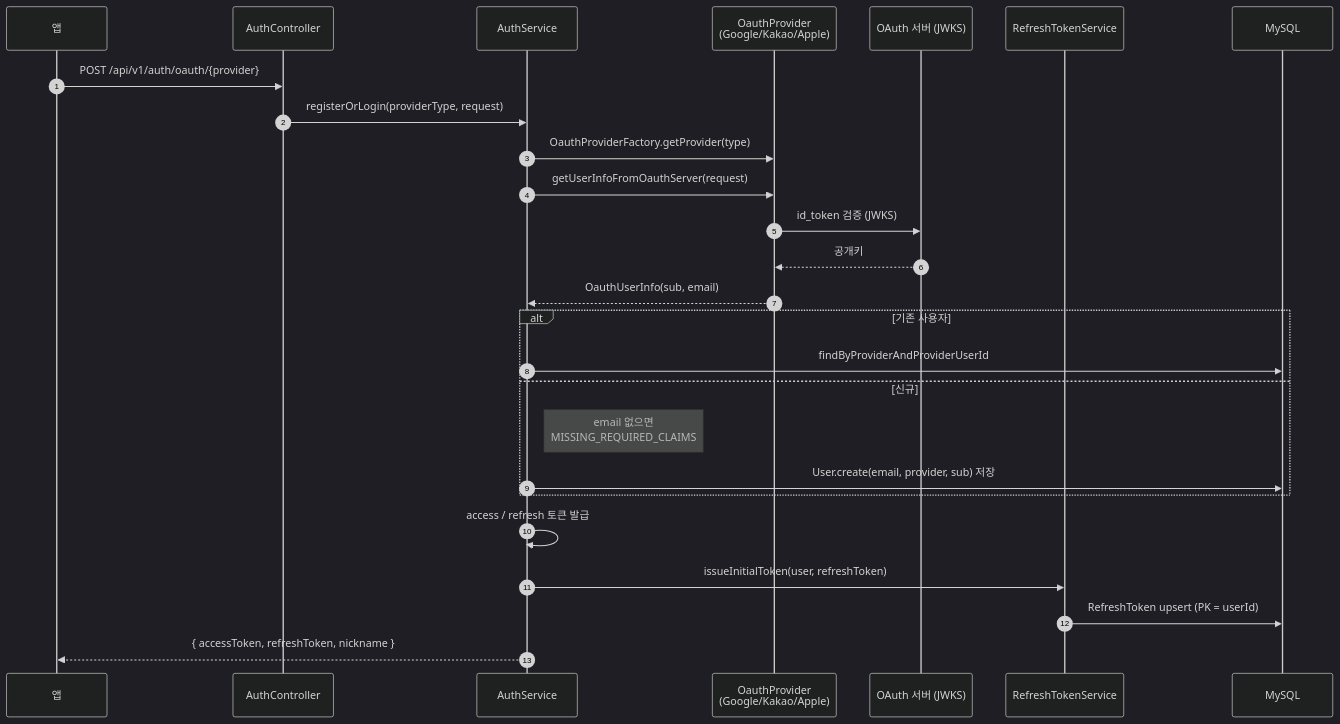
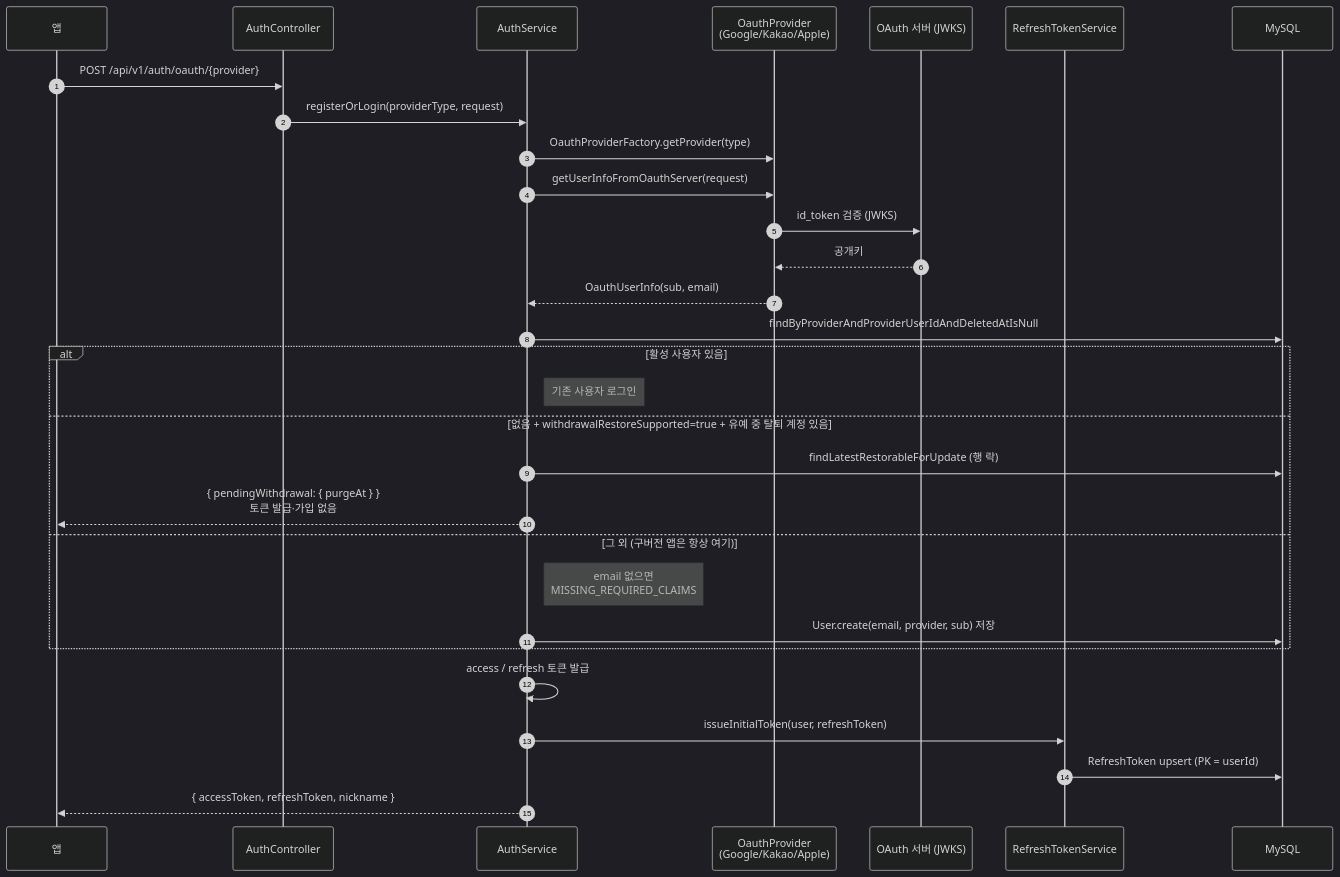
Before and after one commit to hearu-application/backend: the seventh of 8 diagrams in docs/architecture.md, drawn with Mermaid (dark theme). The commit also changed other lines of this file and 29 other files, not shown here.

````diff
--- a/docs/architecture.md
+++ b/docs/architecture.md
@@ -245,31 +251,35 @@
 ```mermaid
 sequenceDiagram
     autonumber
     participant C as 앱
     participant AC as AuthController
     participant AS as AuthService
     participant P as OauthProvider<br/>(Google/Kakao/Apple)
     participant EXT as OAuth 서버 (JWKS)
     participant RS as RefreshTokenService
     participant DB as MySQL
 
     C->>AC: POST /api/v1/auth/oauth/{provider}
     AC->>AS: registerOrLogin(providerType, request)
     AS->>P: OauthProviderFactory.getProvider(type)
     AS->>P: getUserInfoFromOauthServer(request)
     P->>EXT: id_token 검증 (JWKS)
     EXT-->>P: 공개키
     P-->>AS: OauthUserInfo(sub, email)
 
-    alt 기존 사용자
-        AS->>DB: findByProviderAndProviderUserId
-    else 신규
+    AS->>DB: findByProviderAndProviderUserIdAndDeletedAtIsNull
+    alt 활성 사용자 있음
+        Note right of AS: 기존 사용자 로그인
+    else 없음 + withdrawalRestoreSupported=true + 유예 중 탈퇴 계정 있음
+        AS->>DB: findLatestRestorableForUpdate (행 락)
+        AS-->>C: { pendingWithdrawal: { purgeAt } }<br/>토큰 발급·가입 없음
+    else 그 외 (구버전 앱은 항상 여기)
         Note right of AS: email 없으면<br/>MISSING_REQUIRED_CLAIMS
         AS->>DB: User.create(email, provider, sub) 저장
     end
 
     AS->>AS: access / refresh 토큰 발급
     AS->>RS: issueInitialToken(user, refreshToken)
     RS->>DB: RefreshToken upsert (PK = userId)
     AS-->>C: { accessToken, refreshToken, nickname }
 ```
````
